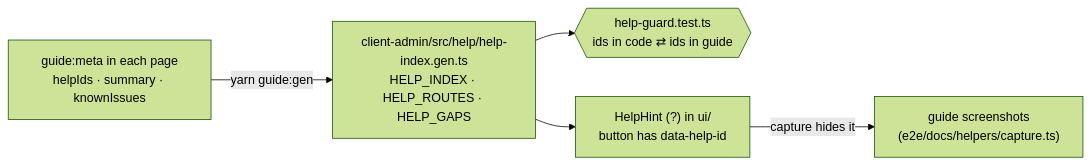
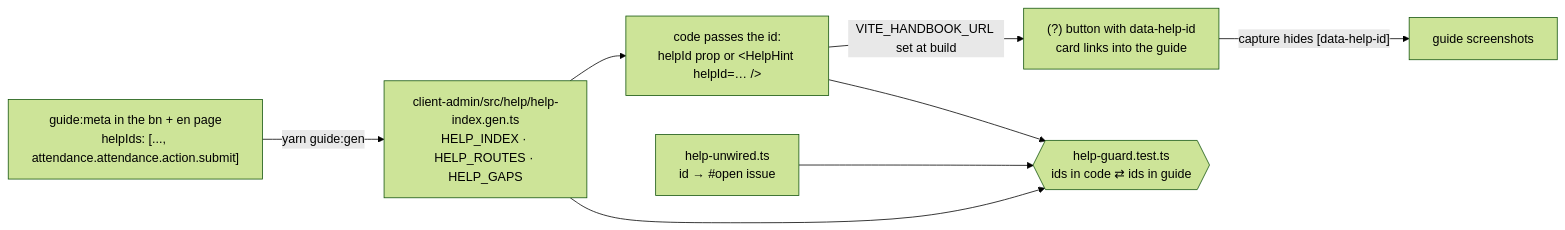
Before and after one commit to tareq89/biddaloy: the fifth of 5 diagrams in docs/architecture/25-user-guide.md, drawn with Mermaid (forest theme). The commit also changed other lines of this file and 1 other file, not shown here.

First line of the commit message:
docs(help): in-app help pattern, HelpHint placement and Epic 44 learning (44.3.12)

````diff
--- a/docs/architecture/25-user-guide.md
+++ b/docs/architecture/25-user-guide.md
@@ -250,7 +254,10 @@
 ```mermaid
 flowchart LR
-  META["guide:meta in each page<br/>helpIds · summary · knownIssues"] -->|yarn guide:gen| IDX["client-admin/src/help/help-index.gen.ts<br/>HELP_INDEX · HELP_ROUTES · HELP_GAPS"]
+  META["guide:meta in the bn + en page<br/>helpIds: [..., attendance.attendance.action.submit]"] -->|yarn guide:gen| IDX["client-admin/src/help/help-index.gen.ts<br/>HELP_INDEX · HELP_ROUTES · HELP_GAPS"]
+  IDX --> CODE["code passes the id:<br/>helpId prop or &lt;HelpHint helpId=… /&gt;"]
+  CODE -->|"VITE_HANDBOOK_URL set at build"| BTN["(?) button with data-help-id<br/>card links into the guide"]
+  BTN -->|"capture hides [data-help-id]"| SHOT["guide screenshots"]
   IDX --> GUARD{{"help-guard.test.ts<br/>ids in code ⇄ ids in guide"}}
-  IDX --> HH["HelpHint (?) in ui/<br/>button has data-help-id"]
-  HH -->|"capture hides it"| SHOT["guide screenshots<br/>(e2e/docs/helpers/capture.ts)"]
+  CODE --> GUARD
+  UNW["help-unwired.ts<br/>id → #open issue"] --> GUARD
 ```
````
